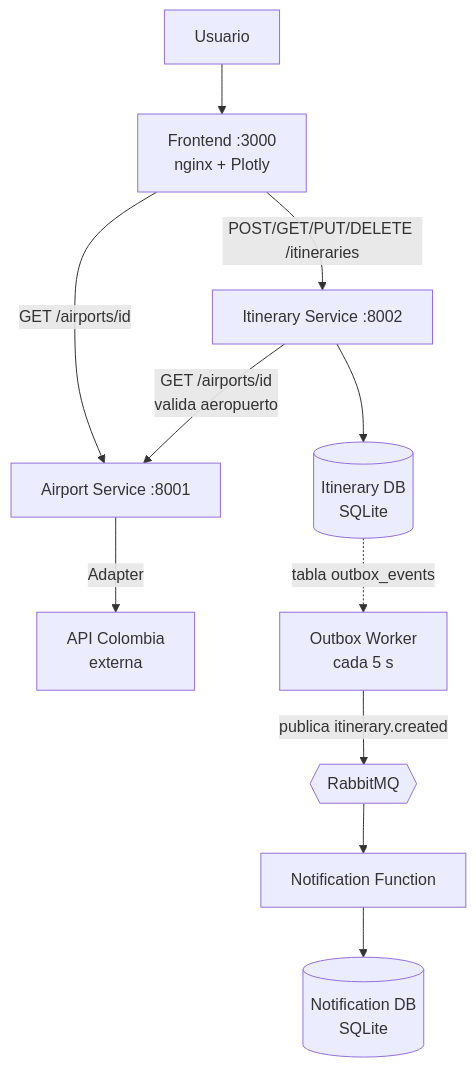
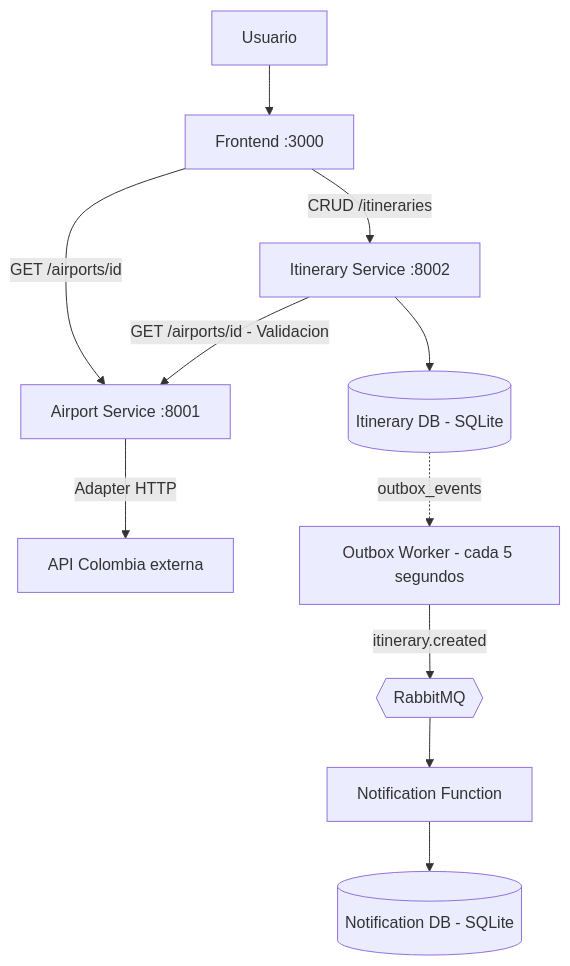
One commit to Johaanart/airport-service changed the first of 5 diagrams in README.md. Above: the diagram before and after it, drawn with Mermaid.

Commit message:
Update component diagram in README.md

````diff
--- a/README.md
+++ b/README.md
@@ -67,13 +67,16 @@
 ```mermaid
 flowchart TD
-    U[Usuario] --> FE[Frontend :3000<br/>nginx + Plotly]
+    U[Usuario] --> FE[Frontend :3000]
     FE -->|GET /airports/id| AS[Airport Service :8001]
-    FE -->|POST/GET/PUT/DELETE /itineraries| IS[Itinerary Service :8002]
-    IS -->|GET /airports/id<br/>valida aeropuerto| AS
-    AS -->|Adapter| API[API Colombia<br/>externa]
-    IS --> IDB[(Itinerary DB<br/>SQLite)]
-    IDB -.->|tabla outbox_events| W[Outbox Worker<br/>cada 5 s]
-    W -->|publica itinerary.created| MQ{{RabbitMQ}}
+    FE -->|CRUD /itineraries| IS[Itinerary Service :8002]
+
+    IS -->|GET /airports/id - Validacion| AS
+    AS -->|Adapter HTTP| API[API Colombia externa]
+
+    IS --> IDB[(Itinerary DB - SQLite)]
+    IDB -.->|outbox_events| W[Outbox Worker - cada 5 segundos]
+
+    W -->|itinerary.created| MQ{{RabbitMQ}}
     MQ --> NF[Notification Function]
-    NF --> NDB[(Notification DB<br/>SQLite)]
+    NF --> NDB[(Notification DB - SQLite)]
 ```
````
